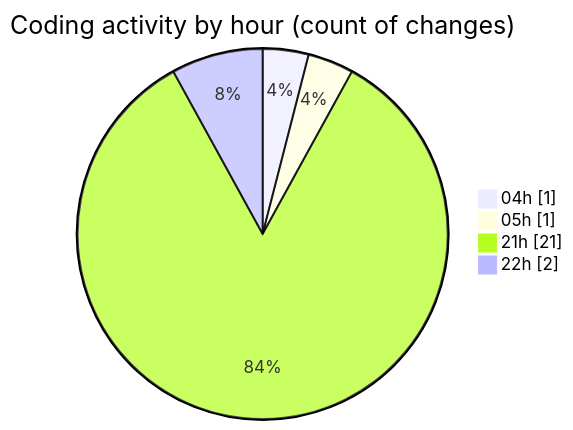
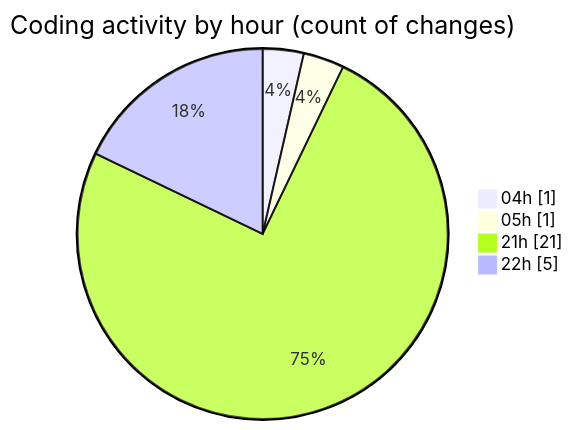
One commit to idhammustaqopulfikri/code-tracking changed the second of 2 diagrams in 2025-03-26/autodidak/README.md. Above: the diagram before and after it, drawn with Mermaid. The commit also changed other lines of this file and 1 other file, not shown here.

````diff
--- a/2025-03-26/autodidak/README.md
+++ b/2025-03-26/autodidak/README.md
@@ -40,8 +40,8 @@
 ```mermaid
 pie showData
 title Coding activity by hour (count of changes)
 "04h" : 1
 "05h" : 1
 "21h" : 21
-"22h" : 2
+"22h" : 5
 ```
````
